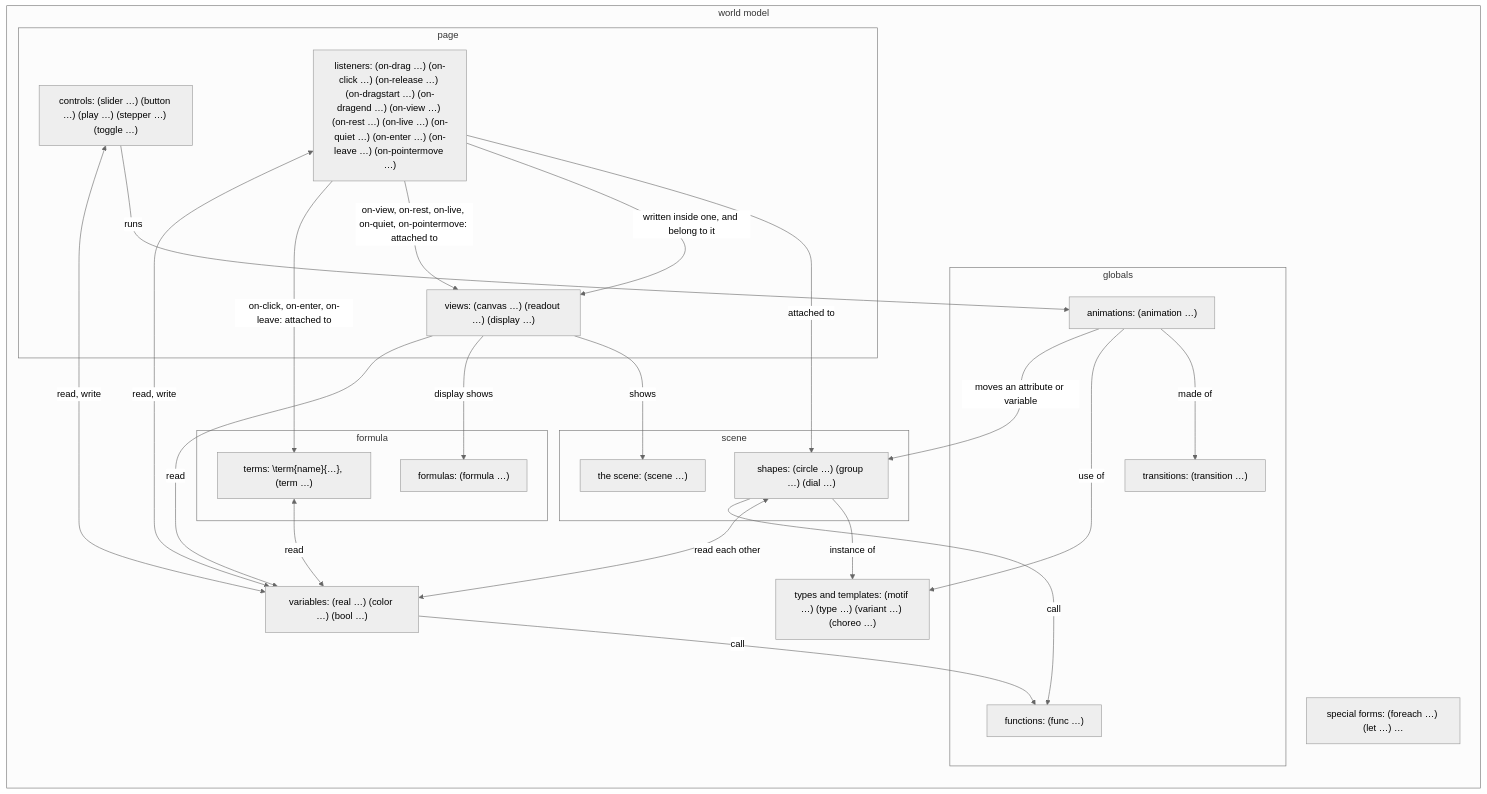
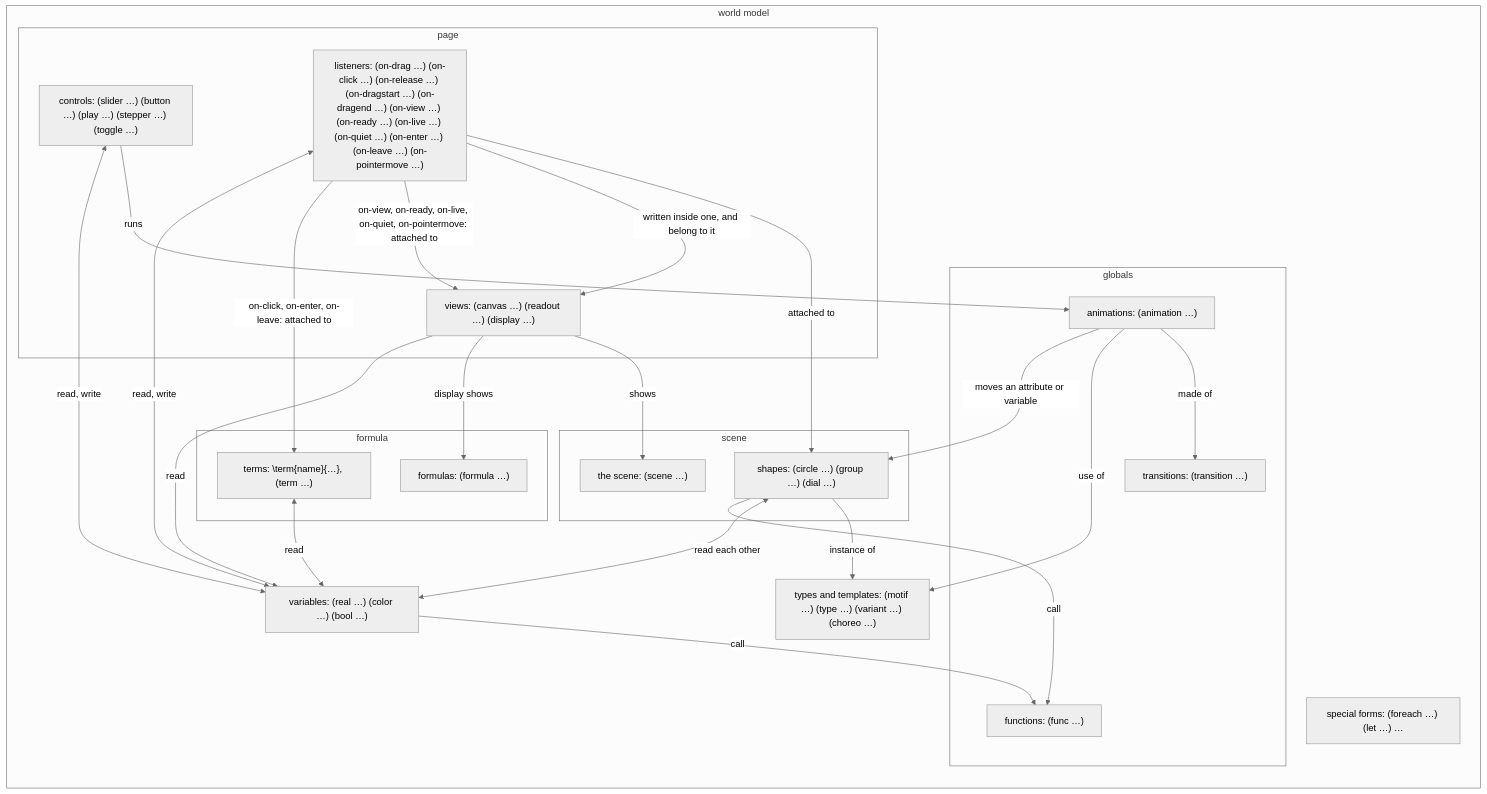
Before and after one commit to aris-pub/mathterpiece: the second of 3 diagrams in docs/data-model.md, drawn with Mermaid (neutral theme). The commit also changed other lines of this file and 22 other files, not shown here.

First line of the commit message:
A canvas copy is ready at a moment, and on-rest is on-ready (mtp-wjtd)

````diff
--- a/docs/data-model.md
+++ b/docs/data-model.md
@@ -98,42 +98,42 @@
 ```mermaid
 flowchart LR
   subgraph wm [world model]
     types["types and templates: (motif …) (type …) (variant …) (choreo …)"]
     special["special forms: (foreach …) (let …) …"]
     subgraph scene
       sc["the scene: (scene …)"]
       shapes["shapes: (circle …) (group …) (dial …)"]
     end
     subgraph formula
       fm["formulas: (formula …)"]
       terms["terms: \term{name}{…}, (term …)"]
     end
     vars["variables: (real …) (color …) (bool …)"]
     subgraph globals
       funcs["functions: (func …)"]
       trans["transitions: (transition …)"]
       anims["animations: (animation …)"]
     end
     subgraph page
       views["views: (canvas …) (readout …) (display …)"]
-      listeners["listeners: (on-drag …) (on-click …) (on-release …) (on-dragstart …) (on-dragend …) (on-view …) (on-rest …) (on-live …) (on-quiet …) (on-enter …) (on-leave …) (on-pointermove …)"]
+      listeners["listeners: (on-drag …) (on-click …) (on-release …) (on-dragstart …) (on-dragend …) (on-view …) (on-ready …) (on-live …) (on-quiet …) (on-enter …) (on-leave …) (on-pointermove …)"]
       controls["controls: (slider …) (button …) (play …) (stepper …) (toggle …)"]
     end
   end
   shapes -->|instance of| types
   shapes <-->|read each other| vars
   vars & shapes -->|call| funcs
   anims -->|made of| trans
   anims -->|use of| types
   anims -->|moves an attribute or variable| shapes
   controls -->|runs| anims
   listeners -->|attached to| shapes
   listeners -->|written inside one, and belong to it| views
-  listeners -->|on-view, on-rest, on-live, on-quiet, on-pointermove: attached to| views
+  listeners -->|on-view, on-ready, on-live, on-quiet, on-pointermove: attached to| views
   views -->|shows| sc
   views -->|display shows| fm
   listeners -->|on-click, on-enter, on-leave: attached to| terms
   terms <-->|read| vars
   views -->|read| vars
   listeners & controls <-->|read, write| vars
 ```
````
